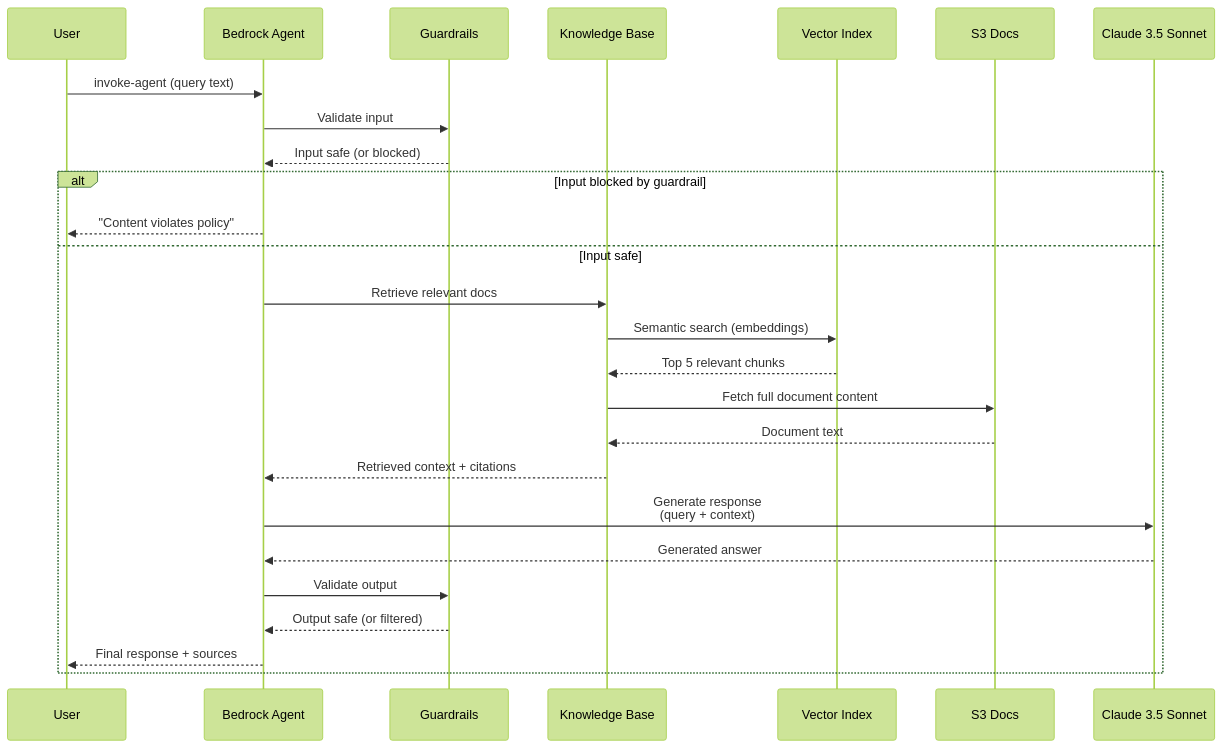
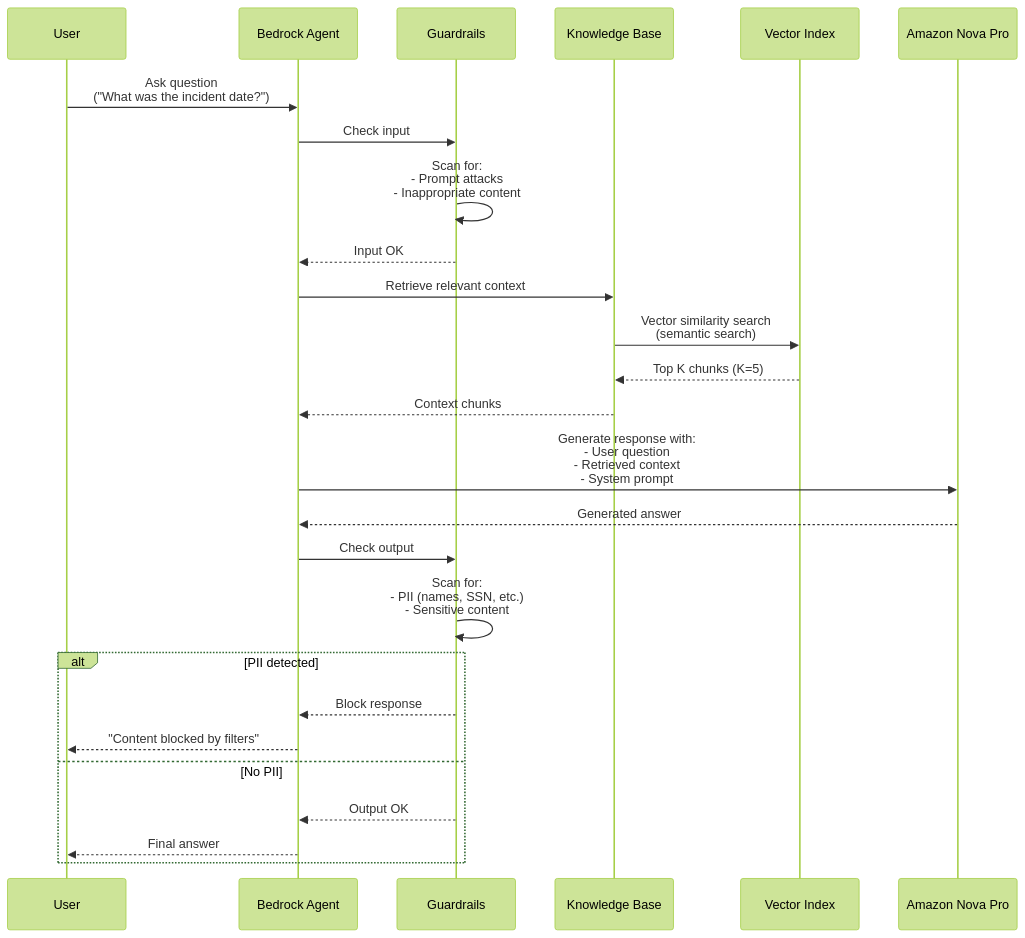
One commit to Answering-IT/kb-rag-agent changed the third of 5 diagrams in docs/ARCHITECTURE_DIAGRAM.md. Above: the diagram before and after it, drawn with Mermaid (forest theme). The commit also changed other lines of this file and 3 other files, not shown here.

````diff
--- a/docs/ARCHITECTURE_DIAGRAM.md
+++ b/docs/ARCHITECTURE_DIAGRAM.md
@@ -235,33 +219,37 @@
 ```mermaid
 sequenceDiagram
     participant User
     participant Agent as Bedrock Agent
-    participant Guardrail as Guardrails
+    participant Guard as Guardrails
     participant KB as Knowledge Base
-    participant VectorIdx as Vector Index
-    participant S3 as S3 Docs
-    participant Claude as Claude 3.5 Sonnet
+    participant Vector as Vector Index
+    participant LLM as Amazon Nova Pro
 
-    User->>Agent: invoke-agent (query text)
-    Agent->>Guardrail: Validate input
-    Guardrail-->>Agent: Input safe (or blocked)
+    User->>Agent: Ask question<br/>("What was the incident date?")
 
-    alt Input blocked by guardrail
-        Agent-->>User: "Content violates policy"
-    else Input safe
-        Agent->>KB: Retrieve relevant docs
-        KB->>VectorIdx: Semantic search (embeddings)
-        VectorIdx-->>KB: Top 5 relevant chunks
-        KB->>S3: Fetch full document content
-        S3-->>KB: Document text
-        KB-->>Agent: Retrieved context + citations
+    %% Input filtering
+    Agent->>Guard: Check input
+    Guard->>Guard: Scan for:<br/>- Prompt attacks<br/>- Inappropriate content
+    Guard-->>Agent: Input OK
 
-        Agent->>Claude: Generate response<br/>(query + context)
-        Claude-->>Agent: Generated answer
+    %% Retrieve context
+    Agent->>KB: Retrieve relevant context
+    KB->>Vector: Vector similarity search<br/>(semantic search)
+    Vector-->>KB: Top K chunks (K=5)
+    KB-->>Agent: Context chunks
 
-        Agent->>Guardrail: Validate output
-        Guardrail-->>Agent: Output safe (or filtered)
+    %% Generate response
+    Agent->>LLM: Generate response with:<br/>- User question<br/>- Retrieved context<br/>- System prompt
+    LLM-->>Agent: Generated answer
 
-        Agent-->>User: Final response + sources
+    %% Output filtering
+    Agent->>Guard: Check output
+    Guard->>Guard: Scan for:<br/>- PII (names, SSN, etc.)<br/>- Sensitive content
+    alt PII detected
+        Guard-->>Agent: Block response
+        Agent-->>User: "Content blocked by filters"
+    else No PII
+        Guard-->>Agent: Output OK
+        Agent-->>User: Final answer
     end
 ```
````
